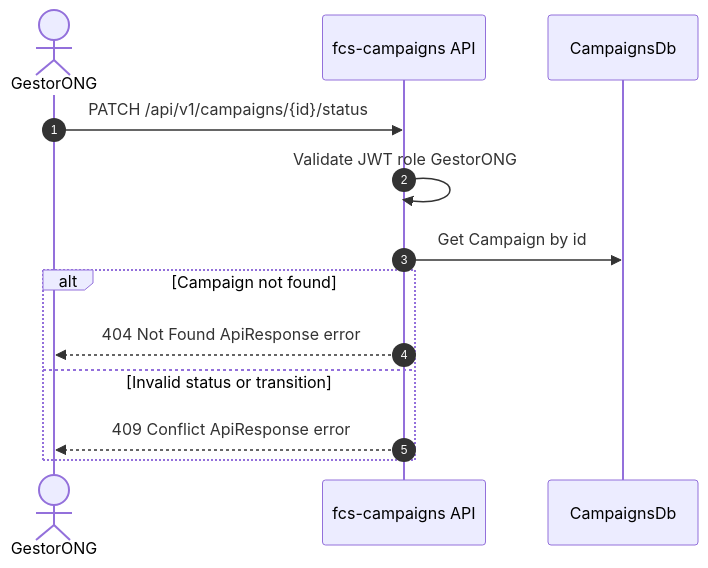
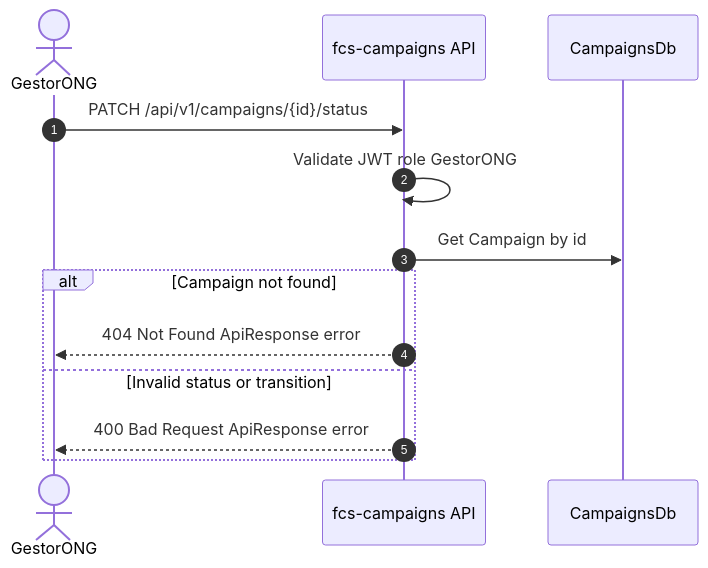
Diagram 14 of 30 in architecture/endpoint-flows.md (group10-tc-01/fcs-fase05-docs), drawn with Mermaid before and after one commit. The commit also changed other lines of this file and 2 other files, not shown here.

````diff
--- a/architecture/endpoint-flows.md
+++ b/architecture/endpoint-flows.md
@@ -281,16 +281,16 @@
 ```mermaid
 sequenceDiagram
     autonumber
     actor Manager as GestorONG
     participant CampaignsApi as fcs-campaigns API
     participant CampaignsDb as CampaignsDb
 
     Manager->>CampaignsApi: PATCH /api/v1/campaigns/{id}/status
     CampaignsApi->>CampaignsApi: Validate JWT role GestorONG
     CampaignsApi->>CampaignsDb: Get Campaign by id
     alt Campaign not found
         CampaignsApi-->>Manager: 404 Not Found ApiResponse error
     else Invalid status or transition
-        CampaignsApi-->>Manager: 409 Conflict ApiResponse error
+        CampaignsApi-->>Manager: 400 Bad Request ApiResponse error
     end
 ```
````
